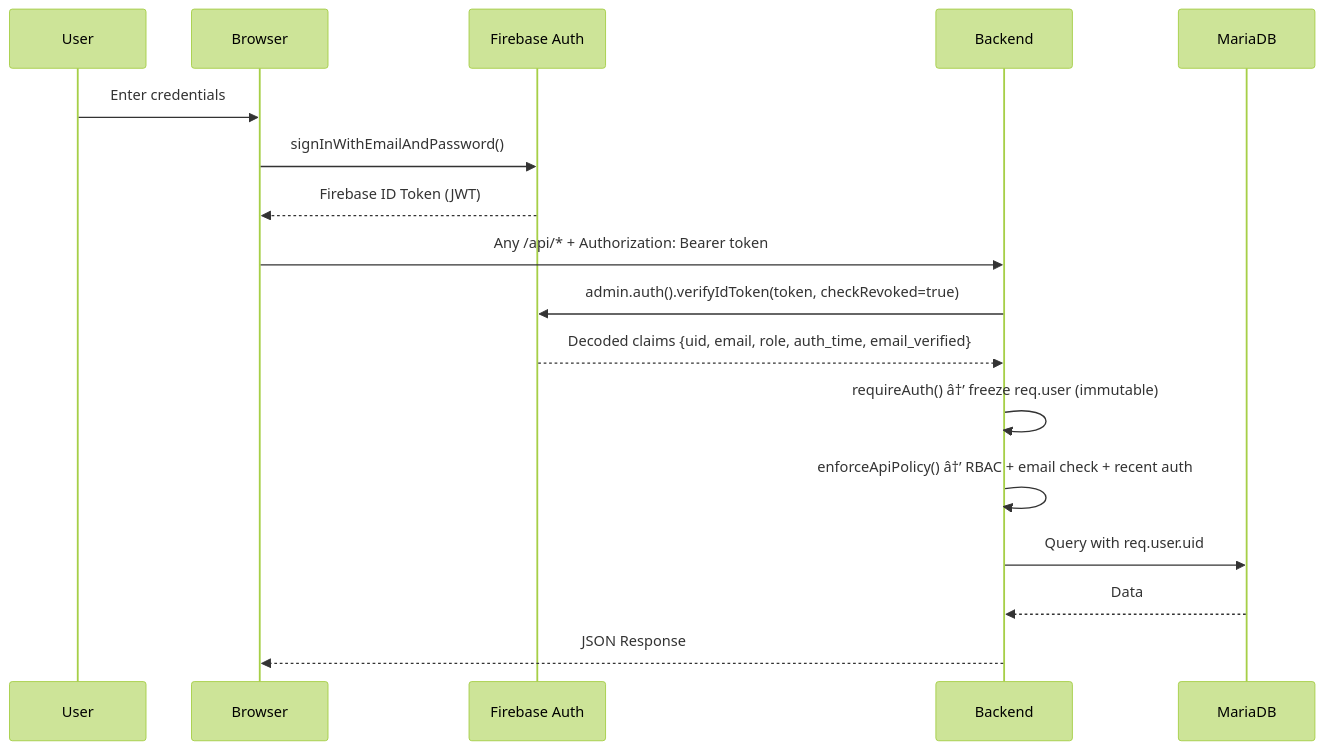
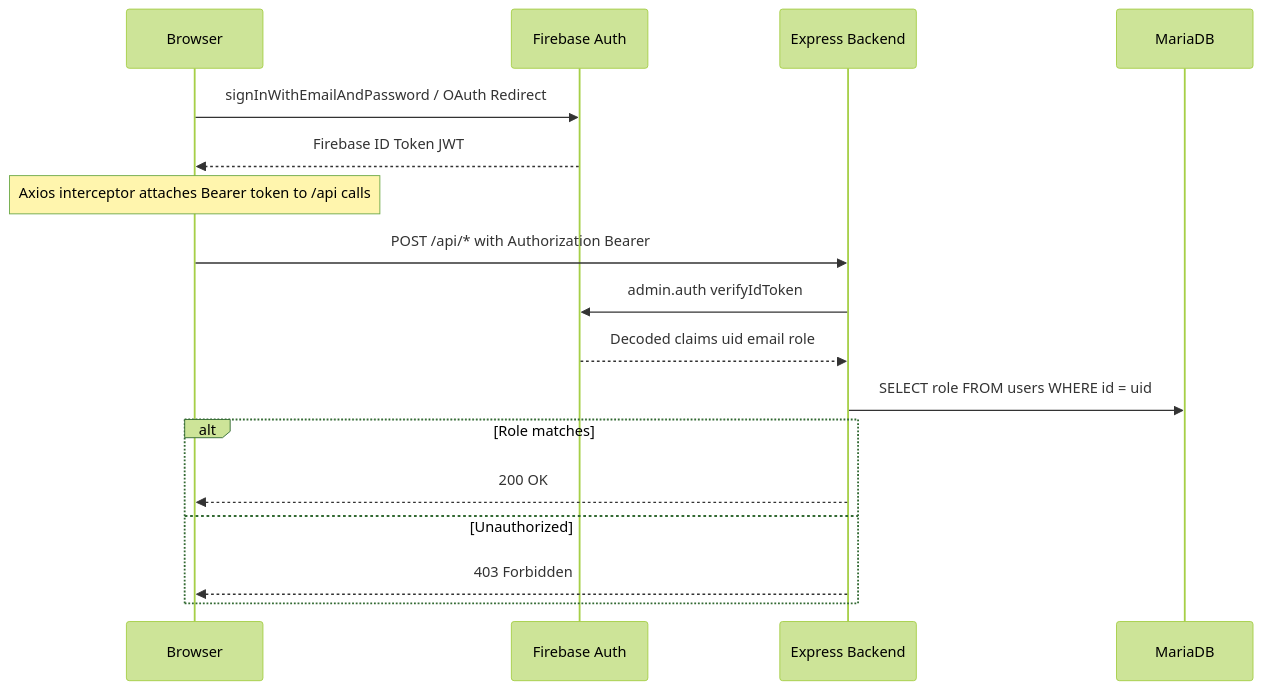
Before and after one commit to bhaskarbeyond-creator/ResumePilotAi: the second of 5 diagrams in architecture-flowchart.md, drawn with Mermaid (forest theme). The commit also changed other lines of this file and 6 other files, not shown here.

Commit message:
docs: whole-platform forensic audit, architecture flowchart, and enterprise scorecard

````diff
--- a/architecture-flowchart.md
+++ b/architecture-flowchart.md
@@ -441,20 +61,19 @@
 ```mermaid
 sequenceDiagram
-    participant User
-    participant Browser
-    participant Firebase as Firebase Auth
-    participant Backend
-    participant MariaDB
-
-    User->>Browser: Enter credentials
-    Browser->>Firebase: signInWithEmailAndPassword()
-    Firebase-->>Browser: Firebase ID Token (JWT)
-    Browser->>Backend: Any /api/* + Authorization: Bearer token
-    Backend->>Firebase: admin.auth().verifyIdToken(token, checkRevoked=true)
-    Firebase-->>Backend: Decoded claims {uid, email, role, auth_time, email_verified}
-    Backend->>Backend: requireAuth() â†’ freeze req.user (immutable)
-    Backend->>Backend: enforceApiPolicy() â†’ RBAC + email check + recent auth
-    Backend->>MariaDB: Query with req.user.uid
-    MariaDB-->>Backend: Data
-    Backend-->>Browser: JSON Response
+    participant B as Browser
+    participant FA as Firebase Auth
+    participant BE as Express Backend
+    participant DB as MariaDB
+    B->>FA: signInWithEmailAndPassword / OAuth Redirect
+    FA-->>B: Firebase ID Token JWT
+    Note over B: Axios interceptor attaches Bearer token to /api calls
+    B->>BE: POST /api/* with Authorization Bearer
+    BE->>FA: admin.auth verifyIdToken
+    FA-->>BE: Decoded claims uid email role
+    BE->>DB: SELECT role FROM users WHERE id = uid
+    alt Role matches
+        BE-->>B: 200 OK
+    else Unauthorized
+        BE-->>B: 403 Forbidden
+    end
 ```
````
